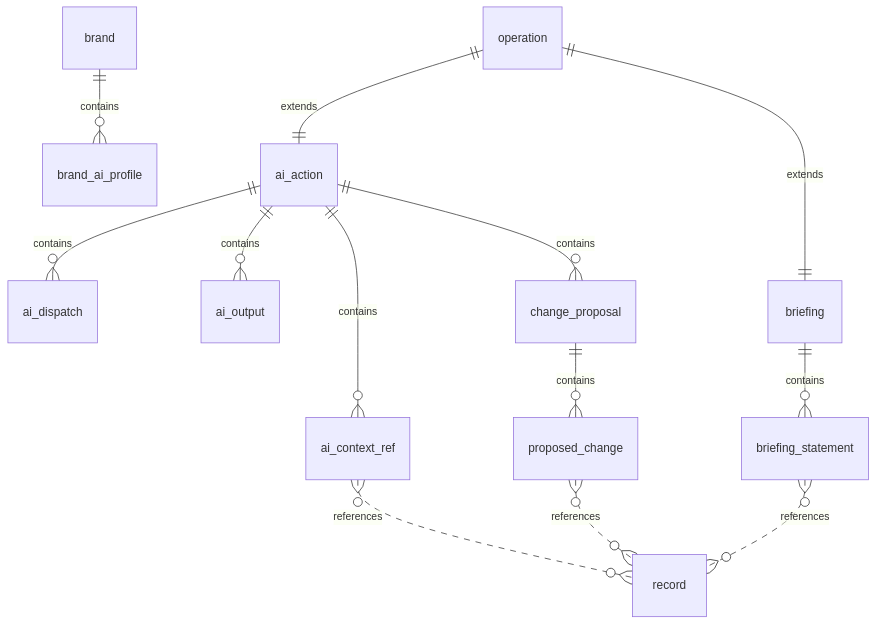
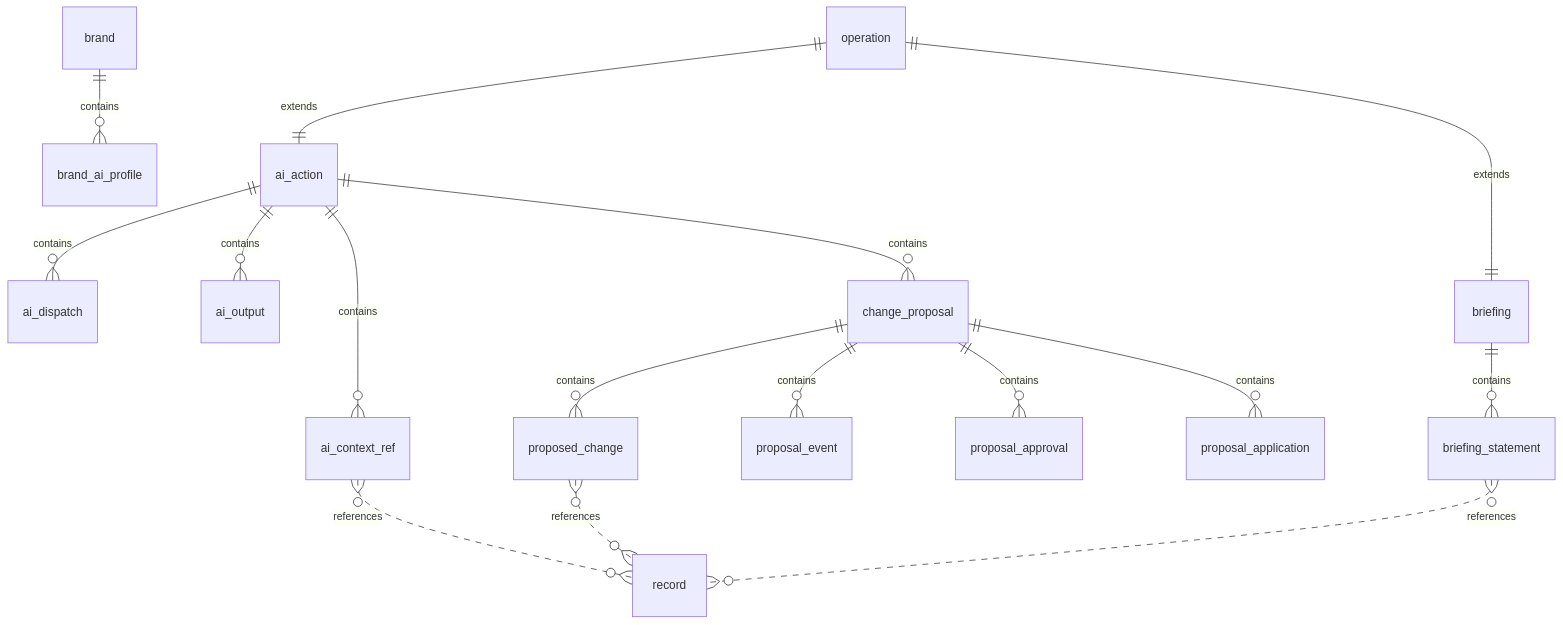
Diagram 27 of 31 in docs/architecture/data/generated/er-diagrams.md (KatrielMoses/pm), drawn with Mermaid before and after one commit. The commit also changed 22 other files, not shown here.

````diff
--- a/docs/architecture/data/generated/er-diagrams.md
+++ b/docs/architecture/data/generated/er-diagrams.md
@@ -433,15 +433,18 @@
 ```mermaid
 erDiagram
   brand ||--o{ brand_ai_profile : "contains"
   operation ||--|| ai_action : "extends"
   ai_action ||--o{ ai_context_ref : "contains"
   ai_context_ref }o..o{ record : "references"
   ai_action ||--o{ ai_dispatch : "contains"
   ai_action ||--o{ ai_output : "contains"
   ai_action ||--o{ change_proposal : "contains"
   change_proposal ||--o{ proposed_change : "contains"
   proposed_change }o..o{ record : "references"
+  change_proposal ||--o{ proposal_event : "contains"
+  change_proposal ||--o{ proposal_approval : "contains"
+  change_proposal ||--o{ proposal_application : "contains"
   operation ||--|| briefing : "extends"
   briefing ||--o{ briefing_statement : "contains"
   briefing_statement }o..o{ record : "references"
 ```
````
